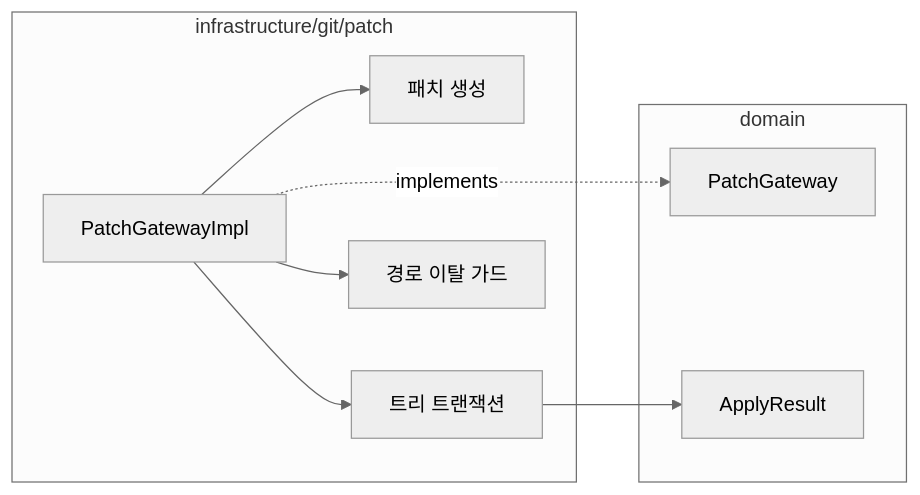
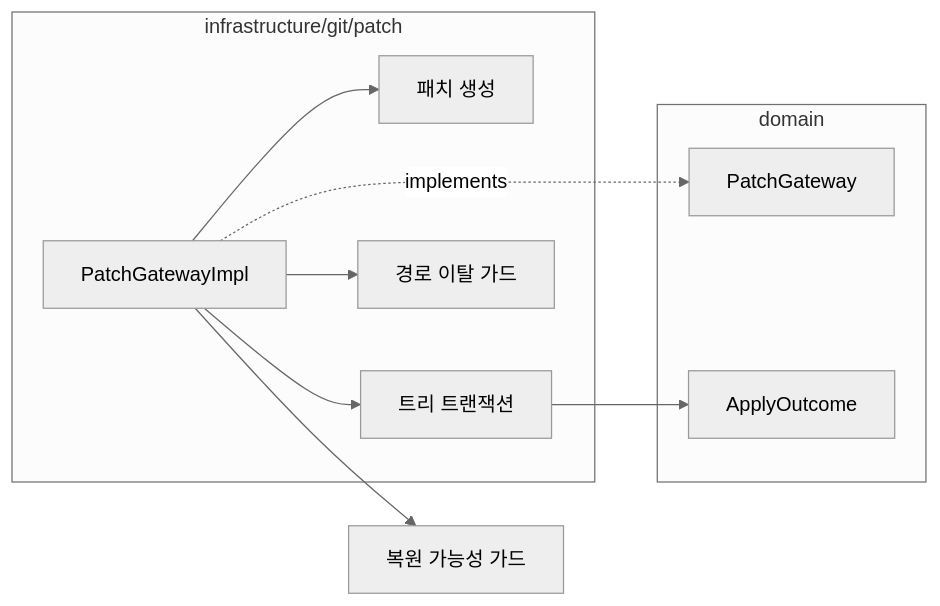
The second of 2 diagrams in tickets/UND-60-patch-apply-transaction.md (biuea3866/gitkraken-clone-app), drawn with Mermaid (neutral theme) before and after one commit. The commit also changed other lines of this file and 23 other files, not shown here.

````diff
--- a/tickets/UND-60-patch-apply-transaction.md
+++ b/tickets/UND-60-patch-apply-transaction.md
@@ -117,18 +124,19 @@
 ```mermaid
 flowchart LR
     subgraph domain
         PG[PatchGateway]
-        Result[ApplyResult]
+        Result[ApplyOutcome]
     end
     subgraph infra["infrastructure/git/patch"]
         Impl[PatchGatewayImpl]
         Create[패치 생성]
         Tx[트리 트랜잭션]
         Guard[경로 이탈 가드]
     end
     Impl -.->|implements| PG
     Impl --> Create
     Impl --> Tx
     Impl --> Guard
+    Impl --> Restorable[복원 가능성 가드]
     Tx --> Result
 ```
````
